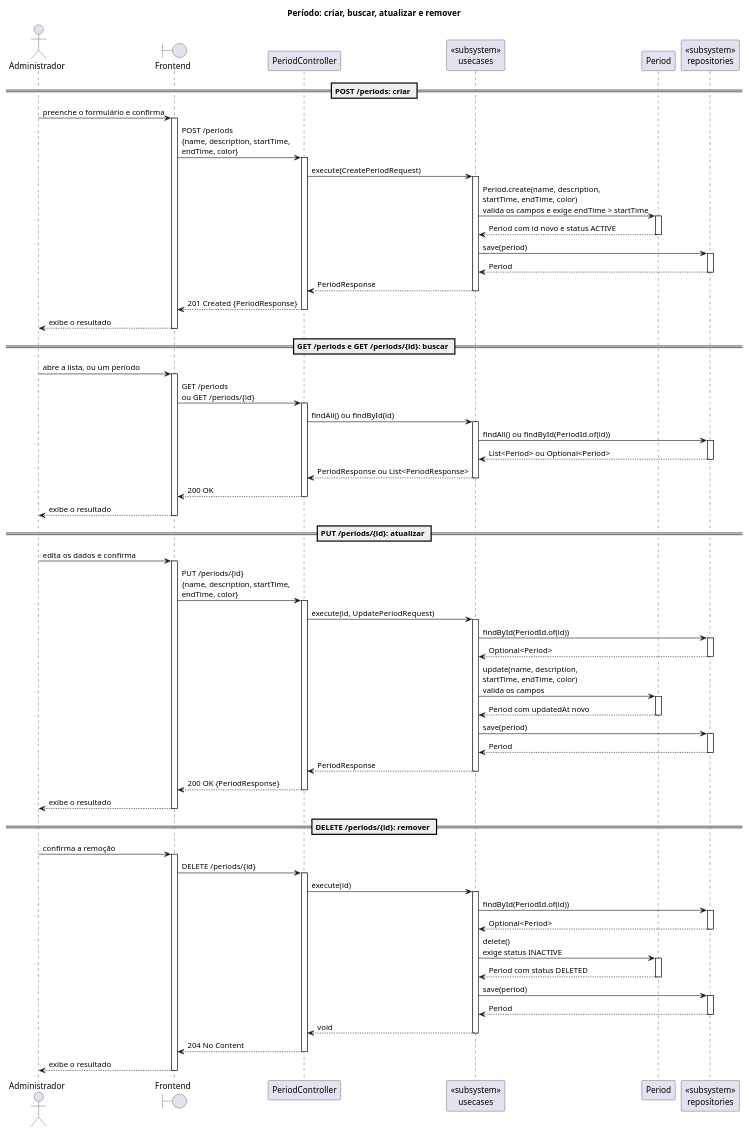
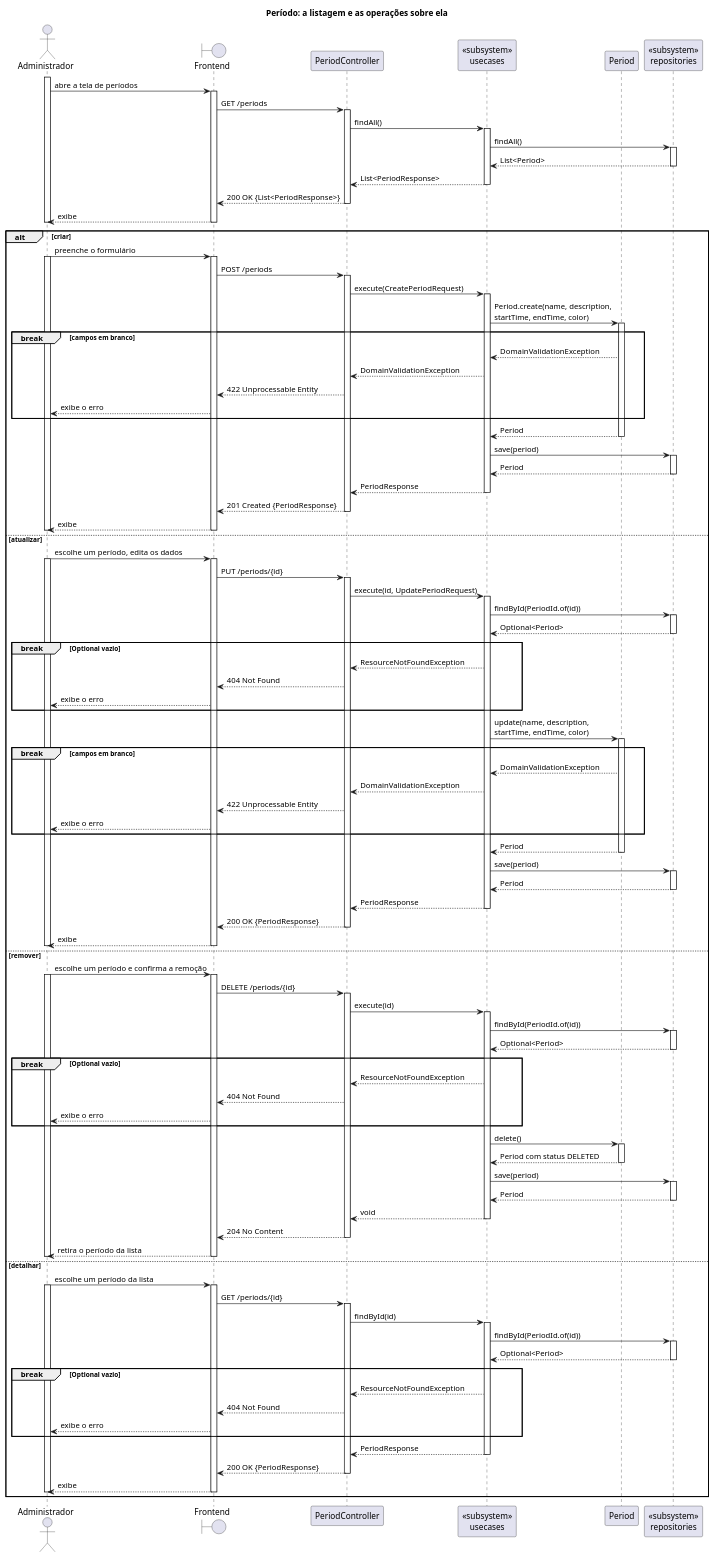
The diagram in src/plantuml/sequencia/simples/period.puml (Neoguara/rooms-diagrams), drawn with PlantUML before and after one commit. The commit also changed 6 other files, not shown here.

```diff
--- a/src/plantuml/sequencia/simples/period.puml
+++ b/src/plantuml/sequencia/simples/period.puml
@@ -2,12 +2,20 @@
 
 ' Recorte de período do módulo event, inteiro em um arquivo, no estilo simplista.
 '
+' A forma do diagrama segue o uso da tela: abrir a tela de períodos lista, e a listagem é
+' obrigatória, acontece antes de tudo e não é alternativa a nada. Só depois dela o
+' administrador escolhe uma das operações, e é essa escolha que o alt representa.
+'
 ' Cinco cortes, os mesmos dos outros diagramas desta pasta:
 '   1. Porta e implementação viram um participante só, tipado como «subsystem».
-'   2. Só o caminho de sucesso. Nenhum alt: os erros (404, 422) ficam de fora, e as
-'      guardas de status estão em estado/period_status.puml.
+'   2. Os desvios são marcados com break, o fragmento que cancela o resto da interação,
+'      que é o que o throw faz: 404 nas três operações que buscam por id e 422 nas duas
+'      que validam campos, criar e atualizar. O update roda a mesma PeriodValidation do
+'      create, por isso o atualizar tem dois. O 422 do delete, que exige INACTIVE, fica
+'      em estado/period_status.puml.
 '   3. Nenhuma mensagem para si mesmo: fluxo interno não é troca entre participantes.
-'   4. Ativação só em trecho reto, abrindo e fechando no mesmo nível.
+'   4. Ativação só em trecho reto, abrindo e fechando no mesmo nível. As barras aninham:
+'      a do ator cobre a interação inteira, e cada camada abaixo ocupa menos tempo.
 '   5. O armazenamento não aparece. As mensagens param no participante de repositório,
 '      e a consulta ou gravação fica implícita: o que importa é a conversa entre as
 '      camadas, não o SQL.
@@ -22,7 +30,7 @@
 ' reserva horário e não passa por EventRequest. Por isso não há conferência de agenda
 ' em nenhum dos fluxos abaixo, e dois períodos podem se sobrepor.
 
-title Período: criar, buscar, atualizar e remover
+title Período: a listagem e as operações sobre ela
 
 actor "Administrador" as Ator
 boundary "Frontend" as FE
@@ -33,113 +41,178 @@
 participant "Period" as Entity
 participant "<<subsystem>>\nrepositories" as Repo
 
-== POST /periods: criar ==
-
-Ator -> FE: preenche o formulário e confirma
+activate Ator
+Ator -> FE: abre a tela de períodos
 activate FE
-FE -> Ctrl: POST /periods\n{name, description, startTime,\nendTime, color}
+FE -> Ctrl: GET /periods
 activate Ctrl
-Ctrl -> UC: execute(CreatePeriodRequest)
+Ctrl -> UC: findAll()
 activate UC
 
-UC -> Entity: Period.create(name, description,\nstartTime, endTime, color)\nvalida os campos e exige endTime > startTime
-activate Entity
-Entity --> UC: Period com id novo e status ACTIVE
-deactivate Entity
-
-UC -> Repo: save(period)
+UC -> Repo: findAll()
 activate Repo
-Repo --> UC: Period
+Repo --> UC: List<Period>
 deactivate Repo
 
-UC --> Ctrl: PeriodResponse
+UC --> Ctrl: List<PeriodResponse>
 deactivate UC
-Ctrl --> FE: 201 Created {PeriodResponse}
+Ctrl --> FE: 200 OK {List<PeriodResponse>}
 deactivate Ctrl
-FE --> Ator: exibe o resultado
+FE --> Ator: exibe
 deactivate FE
+deactivate Ator
 
-== GET /periods e GET /periods/{id}: buscar ==
+alt criar
 
-Ator -> FE: abre a lista, ou um período
-activate FE
-FE -> Ctrl: GET /periods\nou GET /periods/{id}
-activate Ctrl
-Ctrl -> UC: findAll() ou findById(id)
-activate UC
+  Ator -> FE: preenche o formulário
+  activate Ator
+  activate FE
+  FE -> Ctrl: POST /periods
+  activate Ctrl
+  Ctrl -> UC: execute(CreatePeriodRequest)
+  activate UC
 
-UC -> Repo: findAll() ou findById(PeriodId.of(id))
-activate Repo
-Repo --> UC: List<Period> ou Optional<Period>
-deactivate Repo
+  UC -> Entity: Period.create(name, description,\nstartTime, endTime, color)
+  activate Entity
 
-UC --> Ctrl: PeriodResponse ou List<PeriodResponse>
-deactivate UC
-Ctrl --> FE: 200 OK
-deactivate Ctrl
-FE --> Ator: exibe o resultado
-deactivate FE
+  break campos em branco
+    Entity --> UC: DomainValidationException
+    UC --> Ctrl: DomainValidationException
+    Ctrl --> FE: 422 Unprocessable Entity
+    FE --> Ator: exibe o erro
+  end
 
-== PUT /periods/{id}: atualizar ==
+  Entity --> UC: Period
+  deactivate Entity
 
-Ator -> FE: edita os dados e confirma
-activate FE
-FE -> Ctrl: PUT /periods/{id}\n{name, description, startTime,\nendTime, color}
-activate Ctrl
-Ctrl -> UC: execute(id, UpdatePeriodRequest)
-activate UC
+  UC -> Repo: save(period)
+  activate Repo
+  Repo --> UC: Period
+  deactivate Repo
 
-UC -> Repo: findById(PeriodId.of(id))
-activate Repo
-Repo --> UC: Optional<Period>
-deactivate Repo
+  UC --> Ctrl: PeriodResponse
+  deactivate UC
+  Ctrl --> FE: 201 Created {PeriodResponse}
+  deactivate Ctrl
+  FE --> Ator: exibe
+  deactivate FE
+  deactivate Ator
 
-UC -> Entity: update(name, description,\nstartTime, endTime, color)\nvalida os campos
-activate Entity
-Entity --> UC: Period com updatedAt novo
-deactivate Entity
+else atualizar
 
-UC -> Repo: save(period)
-activate Repo
-Repo --> UC: Period
-deactivate Repo
+  Ator -> FE: escolhe um período, edita os dados
+  activate Ator
+  activate FE
+  FE -> Ctrl: PUT /periods/{id}
+  activate Ctrl
+  Ctrl -> UC: execute(id, UpdatePeriodRequest)
+  activate UC
 
-UC --> Ctrl: PeriodResponse
-deactivate UC
-Ctrl --> FE: 200 OK {PeriodResponse}
-deactivate Ctrl
-FE --> Ator: exibe o resultado
-deactivate FE
+  UC -> Repo: findById(PeriodId.of(id))
+  activate Repo
+  Repo --> UC: Optional<Period>
+  deactivate Repo
 
-== DELETE /periods/{id}: remover ==
+  break Optional vazio
+    UC --> Ctrl: ResourceNotFoundException
+    Ctrl --> FE: 404 Not Found
+    FE --> Ator: exibe o erro
+  end
 
-Ator -> FE: confirma a remoção
-activate FE
-FE -> Ctrl: DELETE /periods/{id}
-activate Ctrl
-Ctrl -> UC: execute(id)
-activate UC
+  UC -> Entity: update(name, description,\nstartTime, endTime, color)
+  activate Entity
 
-UC -> Repo: findById(PeriodId.of(id))
-activate Repo
-Repo --> UC: Optional<Period>
-deactivate Repo
+  break campos em branco
+    Entity --> UC: DomainValidationException
+    UC --> Ctrl: DomainValidationException
+    Ctrl --> FE: 422 Unprocessable Entity
+    FE --> Ator: exibe o erro
+  end
 
-UC -> Entity: delete()\nexige status INACTIVE
-activate Entity
-Entity --> UC: Period com status DELETED
-deactivate Entity
+  Entity --> UC: Period
+  deactivate Entity
 
-UC -> Repo: save(period)
-activate Repo
-Repo --> UC: Period
-deactivate Repo
+  UC -> Repo: save(period)
+  activate Repo
+  Repo --> UC: Period
+  deactivate Repo
 
-UC --> Ctrl: void
-deactivate UC
-Ctrl --> FE: 204 No Content
-deactivate Ctrl
-FE --> Ator: exibe o resultado
-deactivate FE
+  UC --> Ctrl: PeriodResponse
+  deactivate UC
+  Ctrl --> FE: 200 OK {PeriodResponse}
+  deactivate Ctrl
+  FE --> Ator: exibe
+  deactivate FE
+  deactivate Ator
+
+else remover
+
+  Ator -> FE: escolhe um período e confirma a remoção
+  activate Ator
+  activate FE
+  FE -> Ctrl: DELETE /periods/{id}
+  activate Ctrl
+  Ctrl -> UC: execute(id)
+  activate UC
+
+  UC -> Repo: findById(PeriodId.of(id))
+  activate Repo
+  Repo --> UC: Optional<Period>
+  deactivate Repo
+
+  break Optional vazio
+    UC --> Ctrl: ResourceNotFoundException
+    Ctrl --> FE: 404 Not Found
+    FE --> Ator: exibe o erro
+  end
+
+  UC -> Entity: delete()
+  activate Entity
+  Entity --> UC: Period com status DELETED
+  deactivate Entity
+
+  UC -> Repo: save(period)
+  activate Repo
+  Repo --> UC: Period
+  deactivate Repo
+
+  UC --> Ctrl: void
+  deactivate UC
+  Ctrl --> FE: 204 No Content
+  deactivate Ctrl
+  FE --> Ator: retira o período da lista
+  deactivate FE
+  deactivate Ator
+
+else detalhar
+
+  Ator -> FE: escolhe um período da lista
+  activate Ator
+  activate FE
+  FE -> Ctrl: GET /periods/{id}
+  activate Ctrl
+  Ctrl -> UC: findById(id)
+  activate UC
+
+  UC -> Repo: findById(PeriodId.of(id))
+  activate Repo
+  Repo --> UC: Optional<Period>
+  deactivate Repo
+
+  break Optional vazio
+    UC --> Ctrl: ResourceNotFoundException
+    Ctrl --> FE: 404 Not Found
+    FE --> Ator: exibe o erro
+  end
+
+  UC --> Ctrl: PeriodResponse
+  deactivate UC
+  Ctrl --> FE: 200 OK {PeriodResponse}
+  deactivate Ctrl
+  FE --> Ator: exibe
+  deactivate FE
+  deactivate Ator
+
+end
 
 @enduml
```
